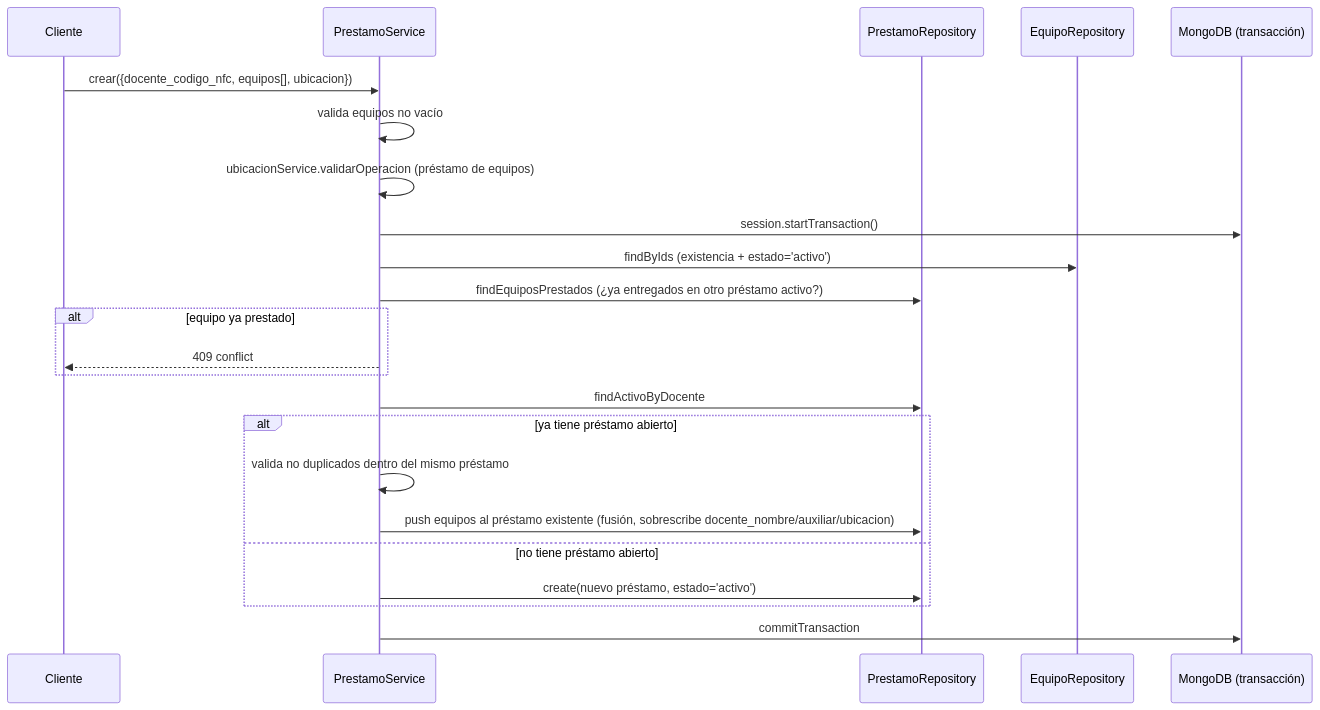
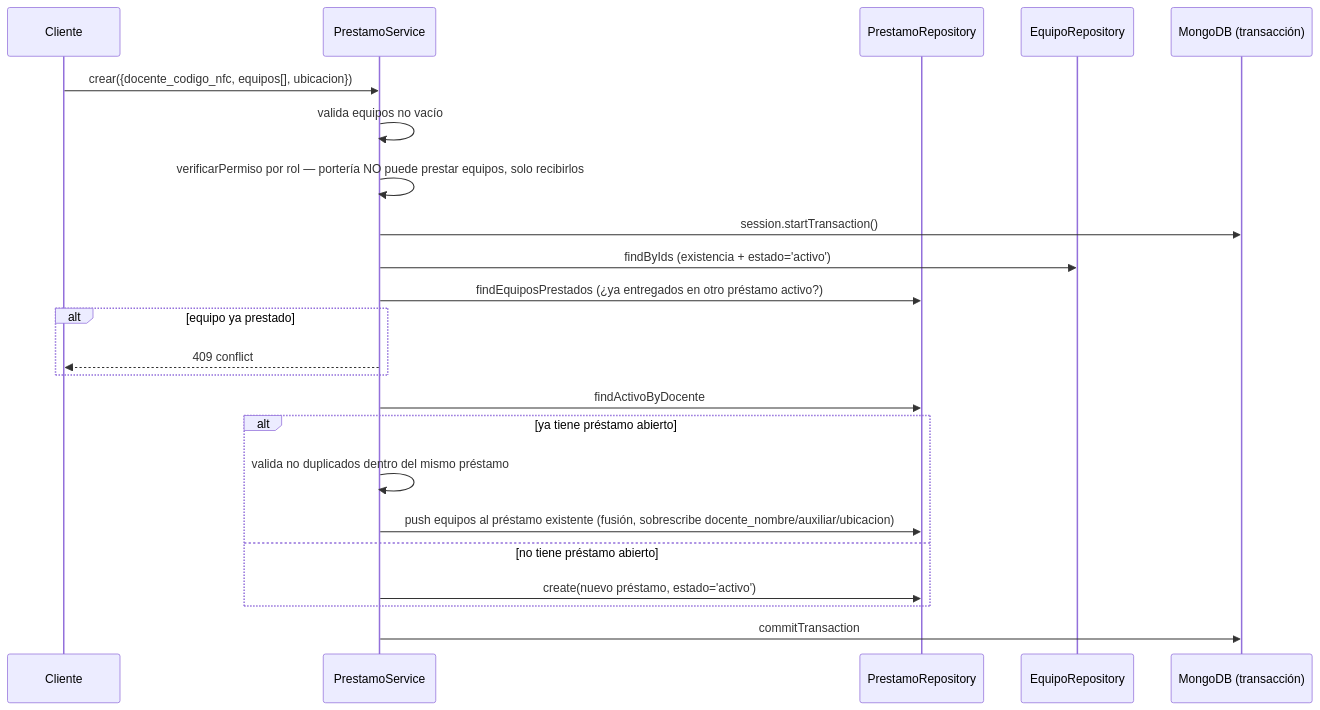
Before and after one commit to DanielPuertaBernal/LlaveroUCO: the second of 3 diagrams in analisis/backend/prestamos.md, drawn with Mermaid. The commit also changed other lines of this file and 23 other files, not shown here.

````diff
--- a/analisis/backend/prestamos.md
+++ b/analisis/backend/prestamos.md
@@ -71,26 +71,26 @@
 ```mermaid
 sequenceDiagram
     participant C as Cliente
     participant S as PrestamoService
     participant Repo as PrestamoRepository
     participant EquipoRepo as EquipoRepository
     participant DB as MongoDB (transacción)
 
     C->>S: crear({docente_codigo_nfc, equipos[], ubicacion})
     S->>S: valida equipos no vacío
-    S->>S: ubicacionService.validarOperacion (préstamo de equipos)
+    S->>S: verificarPermiso por rol — portería NO puede prestar equipos, solo recibirlos
     S->>DB: session.startTransaction()
     S->>EquipoRepo: findByIds (existencia + estado='activo')
     S->>Repo: findEquiposPrestados (¿ya entregados en otro préstamo activo?)
     alt equipo ya prestado
         S-->>C: 409 conflict
     end
     S->>Repo: findActivoByDocente
     alt ya tiene préstamo abierto
         S->>S: valida no duplicados dentro del mismo préstamo
         S->>Repo: push equipos al préstamo existente (fusión, sobrescribe docente_nombre/auxiliar/ubicacion)
     else no tiene préstamo abierto
         S->>Repo: create(nuevo préstamo, estado='activo')
     end
     S->>DB: commitTransaction
 ```
````
